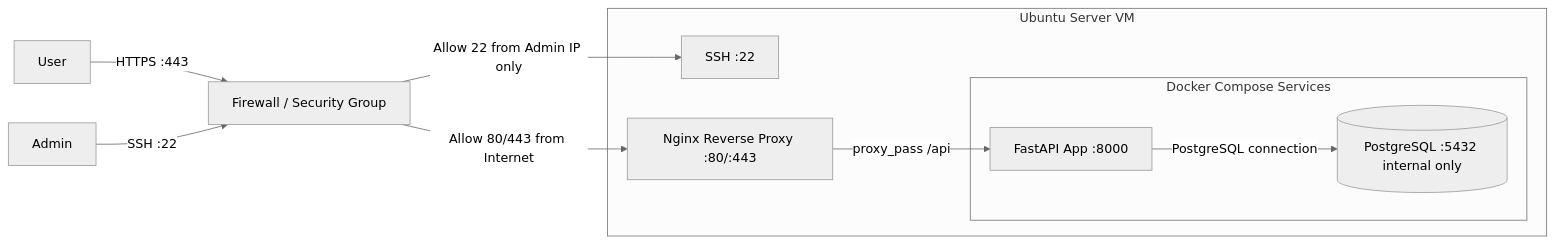
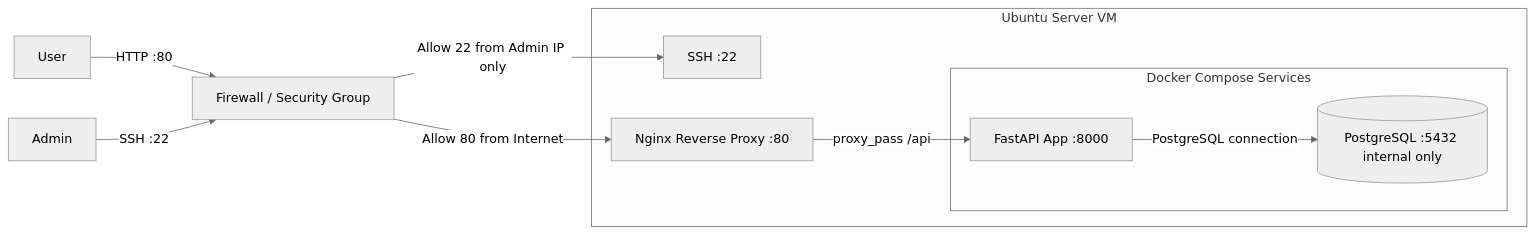
One commit to BrianGelhorn/InfraLabSingleVM changed the diagram in docs/architecture.md. Above: the diagram before and after it, drawn with Mermaid (neutral theme).

Commit message:
Changed to HTTP and created database backup on Deployment Architecture

````diff
--- a/docs/architecture.md
+++ b/docs/architecture.md
@@ -2,25 +2,25 @@
 ```mermaid
 flowchart LR
     Admin[Admin]
     User[User]
 
     FW[Firewall / Security Group]
 
     subgraph VM[Ubuntu Server VM]
         SSH[SSH :22]
-        Nginx[Nginx Reverse Proxy :80/:443]
+        Nginx[Nginx Reverse Proxy :80]
         subgraph Compose[Docker Compose Services]
             App[FastAPI App :8000]
             DB[(PostgreSQL :5432 internal only)]
         end
     end
 
-    User -->|HTTPS :443| FW
+    User -->|HTTP :80| FW
     Admin -->|SSH :22| FW
 
-    FW -->|Allow 80/443 from Internet| Nginx
+    FW -->|Allow 80 from Internet| Nginx
     FW -->|Allow 22 from Admin IP only| SSH
 
     Nginx -->|proxy_pass /api| App
     App -->|PostgreSQL connection| DB
 ```
````
